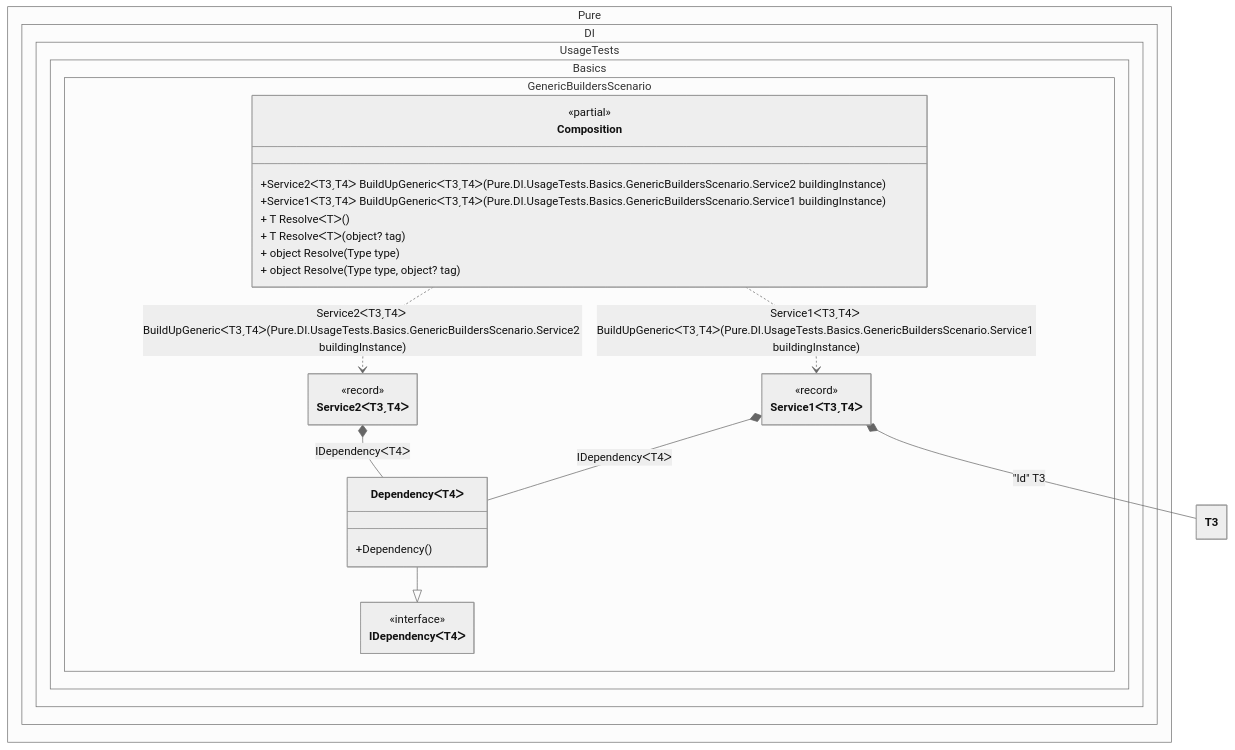
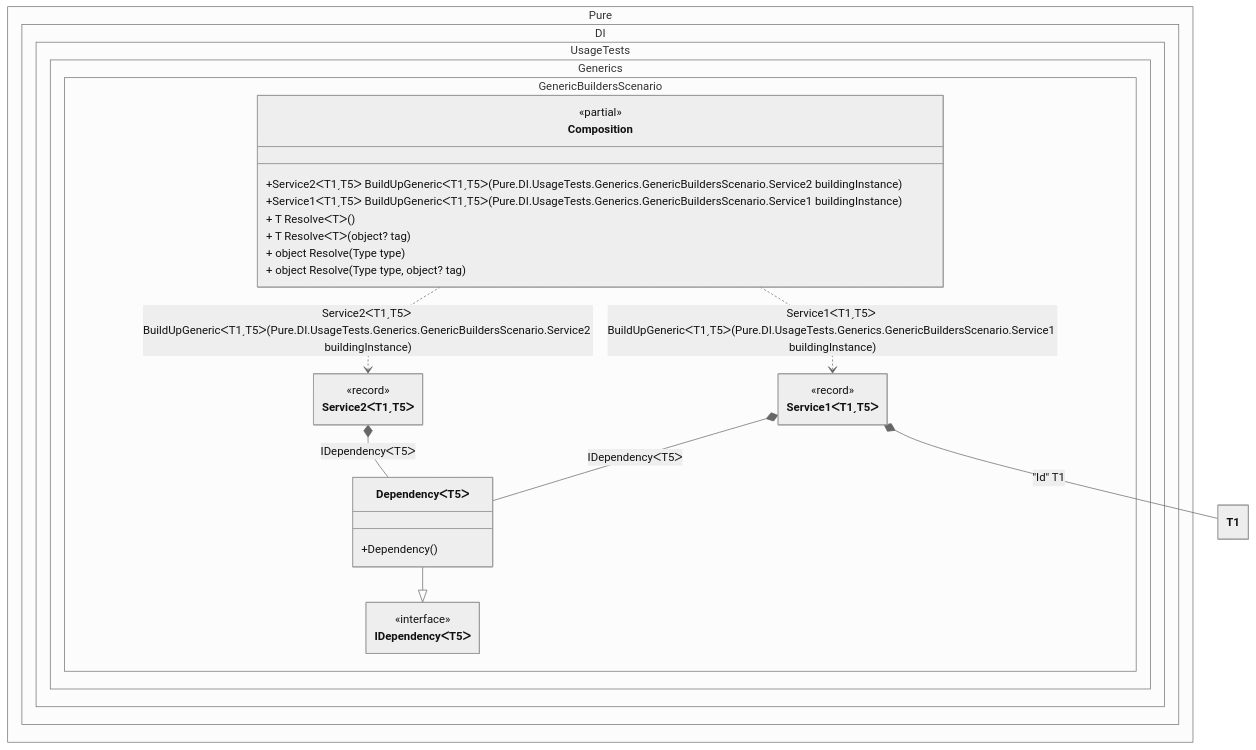
The diagram in readme/generic-builders.md (DevTeam/Pure.DI), drawn with Mermaid (neutral theme) before and after one commit. The commit also changed other lines of this file and 177 other files, not shown here.

````diff
--- a/readme/generic-builders.md
+++ b/readme/generic-builders.md
@@ -174,37 +174,37 @@
 ```mermaid
 ---
  config:
   class:
    hideEmptyMembersBox: true
 ---
 classDiagram
-	DependencyᐸT4ᐳ --|> IDependencyᐸT4ᐳ
-	Composition ..> Service2ᐸT3ˏT4ᐳ : Service2ᐸT3ˏT4ᐳ BuildUpGenericᐸT3ˏT4ᐳ(Pure.DI.UsageTests.Basics.GenericBuildersScenario.Service2<T3, T4> buildingInstance)
-	Composition ..> Service1ᐸT3ˏT4ᐳ : Service1ᐸT3ˏT4ᐳ BuildUpGenericᐸT3ˏT4ᐳ(Pure.DI.UsageTests.Basics.GenericBuildersScenario.Service1<T3, T4> buildingInstance)
-	Service2ᐸT3ˏT4ᐳ *--  DependencyᐸT4ᐳ : IDependencyᐸT4ᐳ
-	Service1ᐸT3ˏT4ᐳ *--  DependencyᐸT4ᐳ : IDependencyᐸT4ᐳ
-	Service1ᐸT3ˏT4ᐳ *--  T3 : "Id"  T3
-	namespace Pure.DI.UsageTests.Basics.GenericBuildersScenario {
+	DependencyᐸT5ᐳ --|> IDependencyᐸT5ᐳ
+	Composition ..> Service2ᐸT1ˏT5ᐳ : Service2ᐸT1ˏT5ᐳ BuildUpGenericᐸT1ˏT5ᐳ(Pure.DI.UsageTests.Generics.GenericBuildersScenario.Service2<T1, T5> buildingInstance)
+	Composition ..> Service1ᐸT1ˏT5ᐳ : Service1ᐸT1ˏT5ᐳ BuildUpGenericᐸT1ˏT5ᐳ(Pure.DI.UsageTests.Generics.GenericBuildersScenario.Service1<T1, T5> buildingInstance)
+	Service2ᐸT1ˏT5ᐳ *--  DependencyᐸT5ᐳ : IDependencyᐸT5ᐳ
+	Service1ᐸT1ˏT5ᐳ *--  DependencyᐸT5ᐳ : IDependencyᐸT5ᐳ
+	Service1ᐸT1ˏT5ᐳ *--  T1 : "Id"  T1
+	namespace Pure.DI.UsageTests.Generics.GenericBuildersScenario {
 		class Composition {
 		<<partial>>
-		+Service2ᐸT3ˏT4ᐳ BuildUpGenericᐸT3ˏT4ᐳ(Pure.DI.UsageTests.Basics.GenericBuildersScenario.Service2<T3, T4> buildingInstance)
-		+Service1ᐸT3ˏT4ᐳ BuildUpGenericᐸT3ˏT4ᐳ(Pure.DI.UsageTests.Basics.GenericBuildersScenario.Service1<T3, T4> buildingInstance)
+		+Service2ᐸT1ˏT5ᐳ BuildUpGenericᐸT1ˏT5ᐳ(Pure.DI.UsageTests.Generics.GenericBuildersScenario.Service2<T1, T5> buildingInstance)
+		+Service1ᐸT1ˏT5ᐳ BuildUpGenericᐸT1ˏT5ᐳ(Pure.DI.UsageTests.Generics.GenericBuildersScenario.Service1<T1, T5> buildingInstance)
 		+ T ResolveᐸTᐳ()
 		+ T ResolveᐸTᐳ(object? tag)
 		+ object Resolve(Type type)
 		+ object Resolve(Type type, object? tag)
 		}
-		class DependencyᐸT4ᐳ {
+		class DependencyᐸT5ᐳ {
 			+Dependency()
 		}
-		class IDependencyᐸT4ᐳ {
+		class IDependencyᐸT5ᐳ {
 			<<interface>>
 		}
-		class Service1ᐸT3ˏT4ᐳ {
+		class Service1ᐸT1ˏT5ᐳ {
 			<<record>>
 		}
-		class Service2ᐸT3ˏT4ᐳ {
+		class Service2ᐸT1ˏT5ᐳ {
 			<<record>>
 		}
 	}
 ```
````
